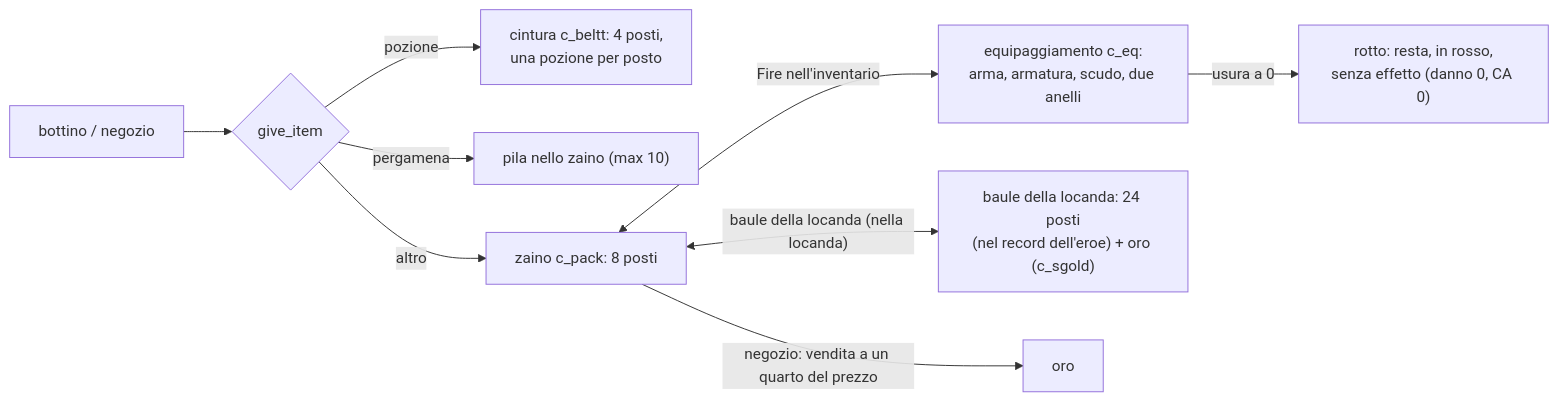
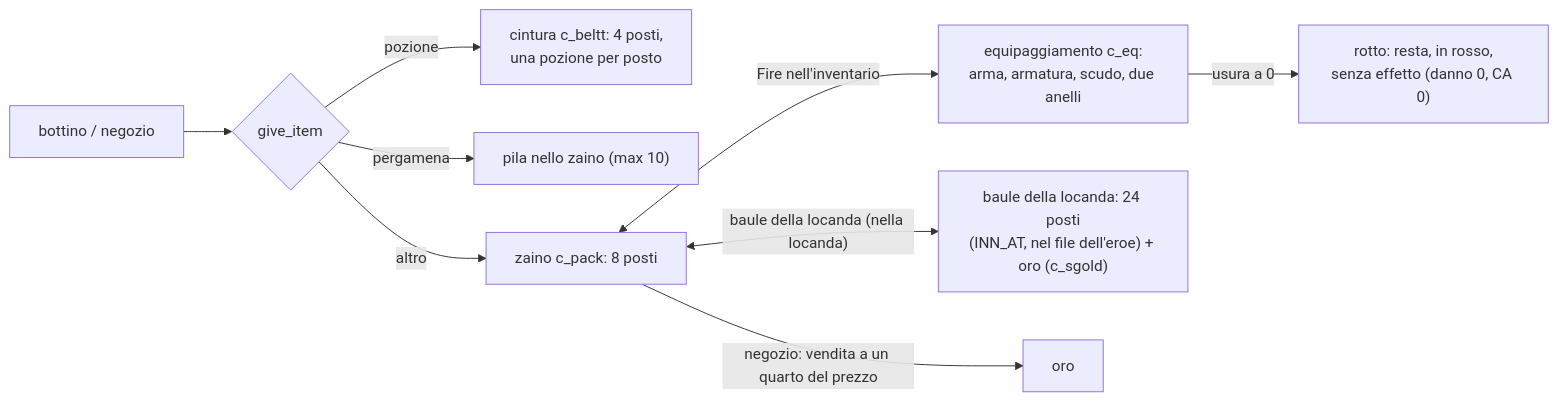
Before and after one commit to caporalesimone/barbarian-the-blood-path: the second of 2 diagrams in docs/wiki/oggetti.md, drawn with Mermaid. The commit also changed other lines of this file and 16 other files, not shown here.

````diff
--- a/docs/wiki/oggetti.md
+++ b/docs/wiki/oggetti.md
@@ -191,11 +191,11 @@
 ```mermaid
 flowchart LR
     B["bottino / negozio"] --> GI{"give_item"}
     GI -->|pozione| BE["cintura c_beltt: 4 posti,<br/>una pozione per posto"]
     GI -->|pergamena| SC["pila nello zaino (max 10)"]
     GI -->|altro| PK["zaino c_pack: 8 posti"]
     PK <-->|Fire nell'inventario| EQ["equipaggiamento c_eq:<br/>arma, armatura, scudo, due anelli"]
-    PK <-->|"baule della locanda (nella locanda)"| ST["baule della locanda: 24 posti<br/>(nel record dell'eroe) + oro (c_sgold)"]
+    PK <-->|"baule della locanda (nella locanda)"| ST["baule della locanda: 24 posti<br/>(INN_AT, nel file dell'eroe) + oro (c_sgold)"]
     PK -->|negozio: vendita a un quarto del prezzo| G["oro"]
     EQ -->|"usura a 0"| X["rotto: resta, in rosso,<br/>senza effetto (danno 0, CA 0)"]
 ```
````
